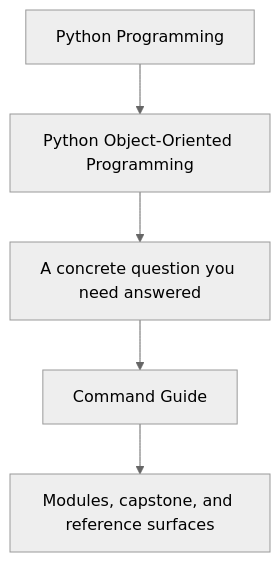
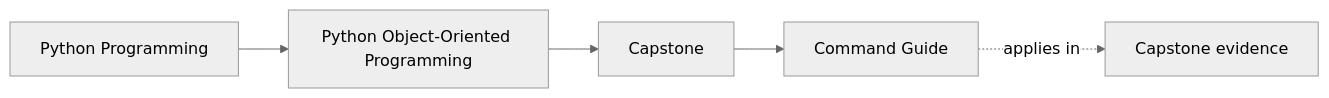
Before and after one commit to bijux/bijux-masterclass: the first of 2 diagrams in programs/python-programming/python-object-oriented-programming/course-book/capstone/command-guide.md, drawn with Mermaid (neutral theme). The commit also changed other lines of this file and 103 other files, not shown here.

Commit message:
docs(python-object-oriented-programming): map sustainment and capstone surfaces

````diff
--- a/programs/python-programming/python-object-oriented-programming/course-book/capstone/command-guide.md
+++ b/programs/python-programming/python-object-oriented-programming/course-book/capstone/command-guide.md
@@ -7,7 +7,11 @@
 ```mermaid
-flowchart TD
-  family["Python Programming"] --> program["Python Object-Oriented Programming"]
-  program --> pressure["A concrete question you need answered"]
-  pressure --> guide["Command Guide"]
-  guide --> next["Modules, capstone, and reference surfaces"]
+graph LR
+  family["Python Programming"]
+  program["Python Object-Oriented Programming"]
+  section["Capstone"]
+  page["Command Guide"]
+  capstone["Capstone evidence"]
+
+  family --> program --> section --> page
+  page -.applies in.-> capstone
 ```
````
